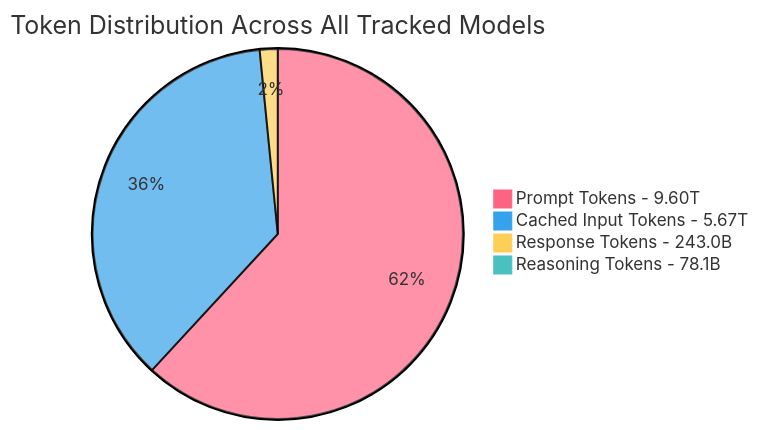
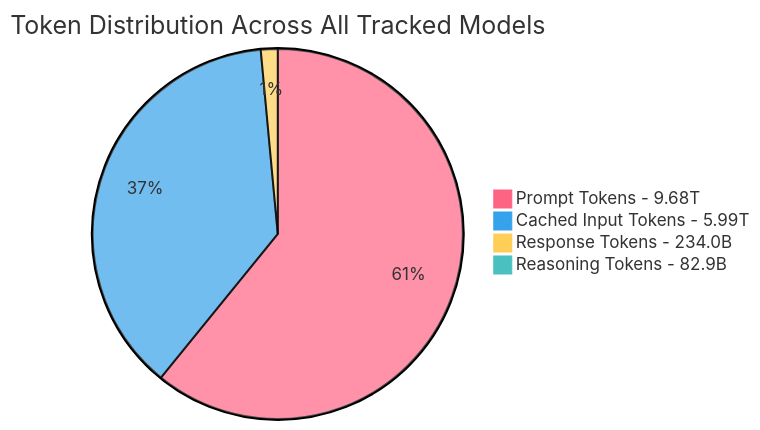
One commit to johnbean393/openrouter-inference-stats changed the fourth of 4 diagrams in README.md. Above: the diagram before and after it, drawn with Mermaid. The commit also changed other lines of this file and 1 other file, not shown here.

````diff
--- a/README.md
+++ b/README.md
@@ -57,9 +56,9 @@
 ```mermaid
 %%{init: {'theme': 'base', 'themeVariables': {'pie1': '#FF6384', 'pie2': '#36A2EB', 'pie3': '#FFCE56', 'pie4': '#4BC0C0', 'pie5': '#9966FF', 'pie6': '#FF9F40', 'pie7': '#2ECC71', 'pie8': '#FF66B2', 'pie9': '#00CCFF', 'pie10': '#E74C3C', 'pie11': '#F39C12', 'pie12': '#1ABC9C'}}}%%
 pie
     title Token Distribution Across All Tracked Models
-    "Prompt Tokens - 9.60T" : 9601291412858
-    "Cached Input Tokens - 5.67T" : 5673896331680
-    "Response Tokens - 243.0B" : 243003865714
-    "Reasoning Tokens - 78.1B" : 78127078242
+    "Prompt Tokens - 9.68T" : 9682470087353
+    "Cached Input Tokens - 5.99T" : 5990230217122
+    "Response Tokens - 234.0B" : 234011705130
+    "Reasoning Tokens - 82.9B" : 82887769404
 ```
````
